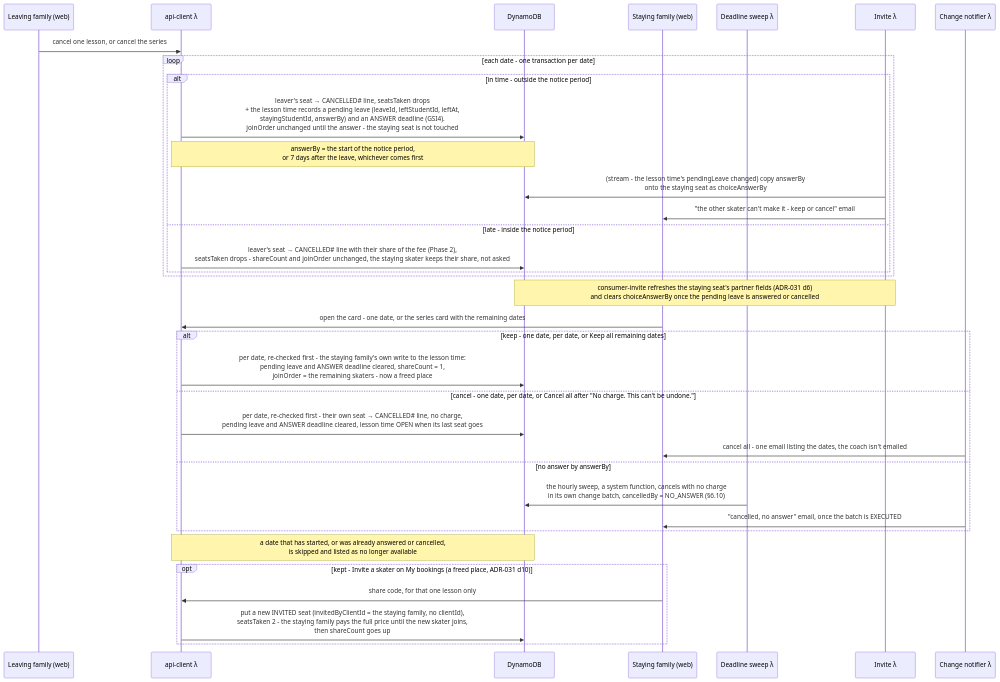
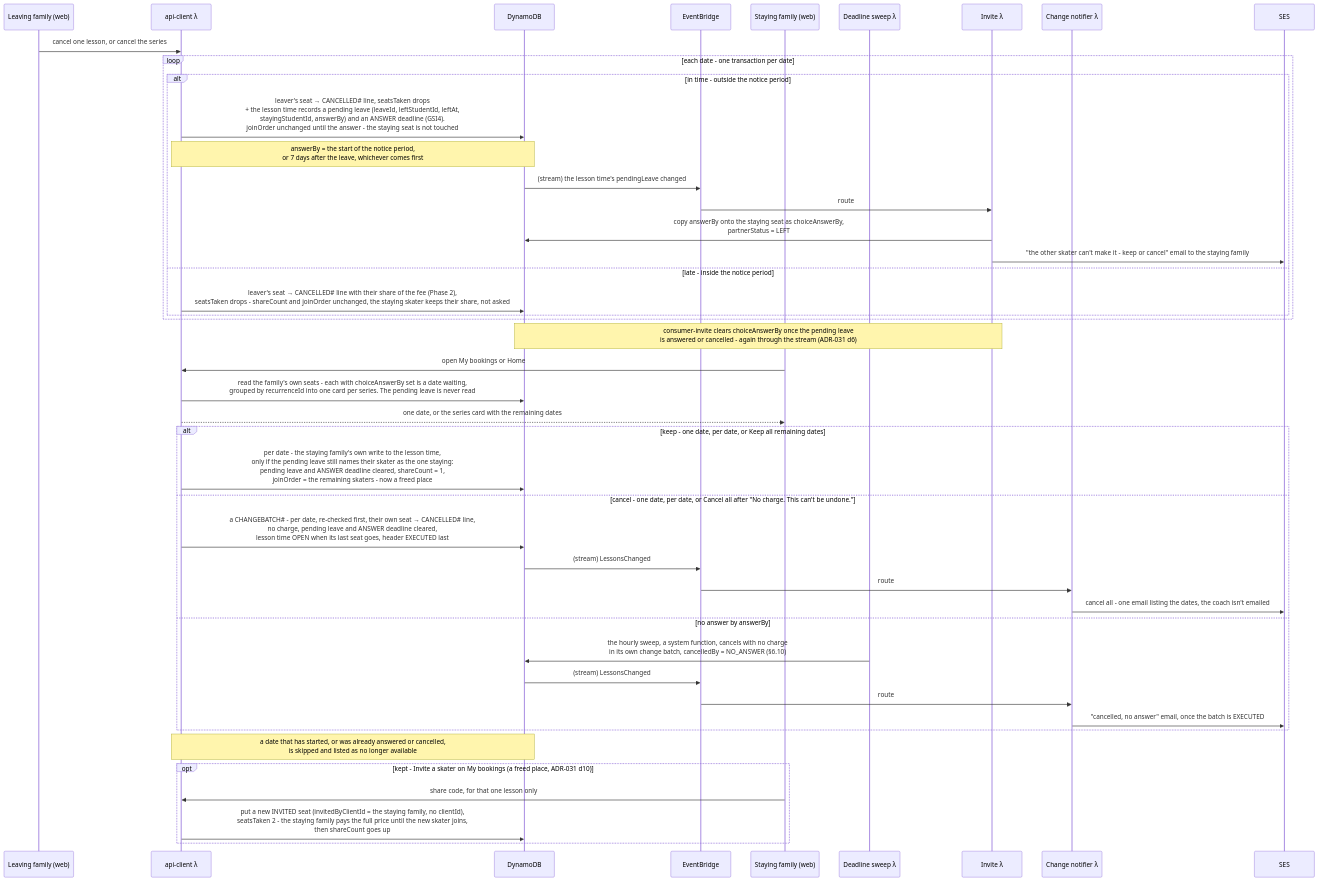
Diagram 20 of 28 in docs/architecture.md (jessicamvega6/bladebook), drawn with Mermaid before and after one commit. The commit also changed other lines of this file and 30 other files, not shown here.

First line of the commit message:
ADR-031 revision: no family writes another family's records

````diff
--- a/docs/architecture.md
+++ b/docs/architecture.md
@@ -1623,37 +1636,47 @@
 ```mermaid
 sequenceDiagram
     participant L as Leaving family (web)
     participant API as api-client λ
     participant DB as DynamoDB
+    participant Bus as EventBridge
     participant S as Staying family (web)
     participant Sw as Deadline sweep λ
     participant Inv as Invite λ
     participant N as Change notifier λ
+    participant SES as SES
     L->>API: cancel one lesson, or cancel the series
     loop each date - one transaction per date
         alt in time - outside the notice period
             API->>DB: leaver's seat → CANCELLED#35; line, seatsTaken drops<br/>+ the lesson time records a pending leave (leaveId, leftStudentId, leftAt,<br/>stayingStudentId, answerBy) and an ANSWER deadline (GSI4).<br/>joinOrder unchanged until the answer - the staying seat is not touched
             Note over API,DB: answerBy = the start of the notice period,<br/>or 7 days after the leave, whichever comes first
-            Inv->>DB: (stream - the lesson time's pendingLeave changed) copy answerBy<br/>onto the staying seat as choiceAnswerBy
-            Inv->>S: "the other skater can't make it - keep or cancel" email
+            DB->>Bus: (stream) the lesson time's pendingLeave changed
+            Bus->>Inv: route
+            Inv->>DB: copy answerBy onto the staying seat as choiceAnswerBy,<br/>partnerStatus = LEFT
+            Inv->>SES: "the other skater can't make it - keep or cancel" email to the staying family
         else late - inside the notice period
             API->>DB: leaver's seat → CANCELLED#35; line with their share of the fee (Phase 2),<br/>seatsTaken drops - shareCount and joinOrder unchanged, the staying skater keeps their share, not asked
         end
     end
-    Note over DB,Inv: consumer-invite refreshes the staying seat's partner fields (ADR-031 d6)<br/>and clears choiceAnswerBy once the pending leave is answered or cancelled
-    S->>API: open the card - one date, or the series card with the remaining dates
+    Note over DB,Inv: consumer-invite clears choiceAnswerBy once the pending leave<br/>is answered or cancelled - again through the stream (ADR-031 d6)
+    S->>API: open My bookings or Home
+    API->>DB: read the family's own seats - each with choiceAnswerBy set is a date waiting,<br/>grouped by recurrenceId into one card per series. The pending leave is never read
+    API-->>S: one date, or the series card with the remaining dates
     alt keep - one date, per date, or Keep all remaining dates
-        API->>DB: per date, re-checked first - the staying family's own write to the lesson time:<br/>pending leave and ANSWER deadline cleared, shareCount = 1,<br/>joinOrder = the remaining skaters - now a freed place
+        API->>DB: per date - the staying family's own write to the lesson time,<br/>only if the pending leave still names their skater as the one staying:<br/>pending leave and ANSWER deadline cleared, shareCount = 1,<br/>joinOrder = the remaining skaters - now a freed place
     else cancel - one date, per date, or Cancel all after "No charge. This can't be undone."
-        API->>DB: per date, re-checked first - their own seat → CANCELLED#35; line, no charge,<br/>pending leave and ANSWER deadline cleared, lesson time OPEN when its last seat goes
-        N->>S: cancel all - one email listing the dates, the coach isn't emailed
+        API->>DB: a CHANGEBATCH#35; - per date, re-checked first, their own seat → CANCELLED#35; line,<br/>no charge, pending leave and ANSWER deadline cleared,<br/>lesson time OPEN when its last seat goes, header EXECUTED last
+        DB->>Bus: (stream) LessonsChanged
+        Bus->>N: route
+        N->>SES: cancel all - one email listing the dates, the coach isn't emailed
     else no answer by answerBy
         Sw->>DB: the hourly sweep, a system function, cancels with no charge<br/>in its own change batch, cancelledBy = NO_ANSWER (§6.10)
-        N->>S: "cancelled, no answer" email, once the batch is EXECUTED
+        DB->>Bus: (stream) LessonsChanged
+        Bus->>N: route
+        N->>SES: "cancelled, no answer" email, once the batch is EXECUTED
     end
     Note over API,DB: a date that has started, or was already answered or cancelled,<br/>is skipped and listed as no longer available
     opt kept - Invite a skater on My bookings (a freed place, ADR-031 d10)
         S->>API: share code, for that one lesson only
         API->>DB: put a new INVITED seat (invitedByClientId = the staying family, no clientId),<br/>seatsTaken 2 - the staying family pays the full price until the new skater joins,<br/>then shareCount goes up
     end
 ```
````
